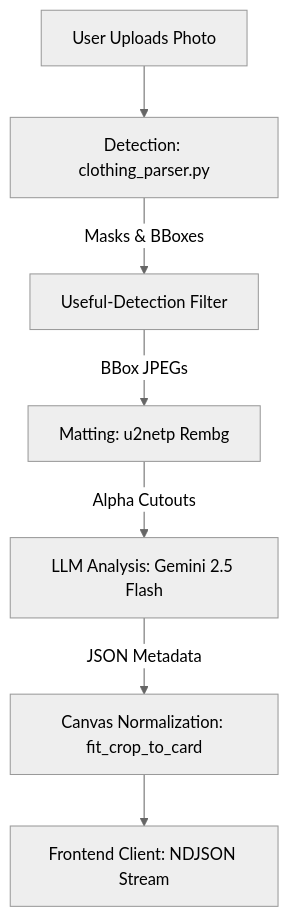
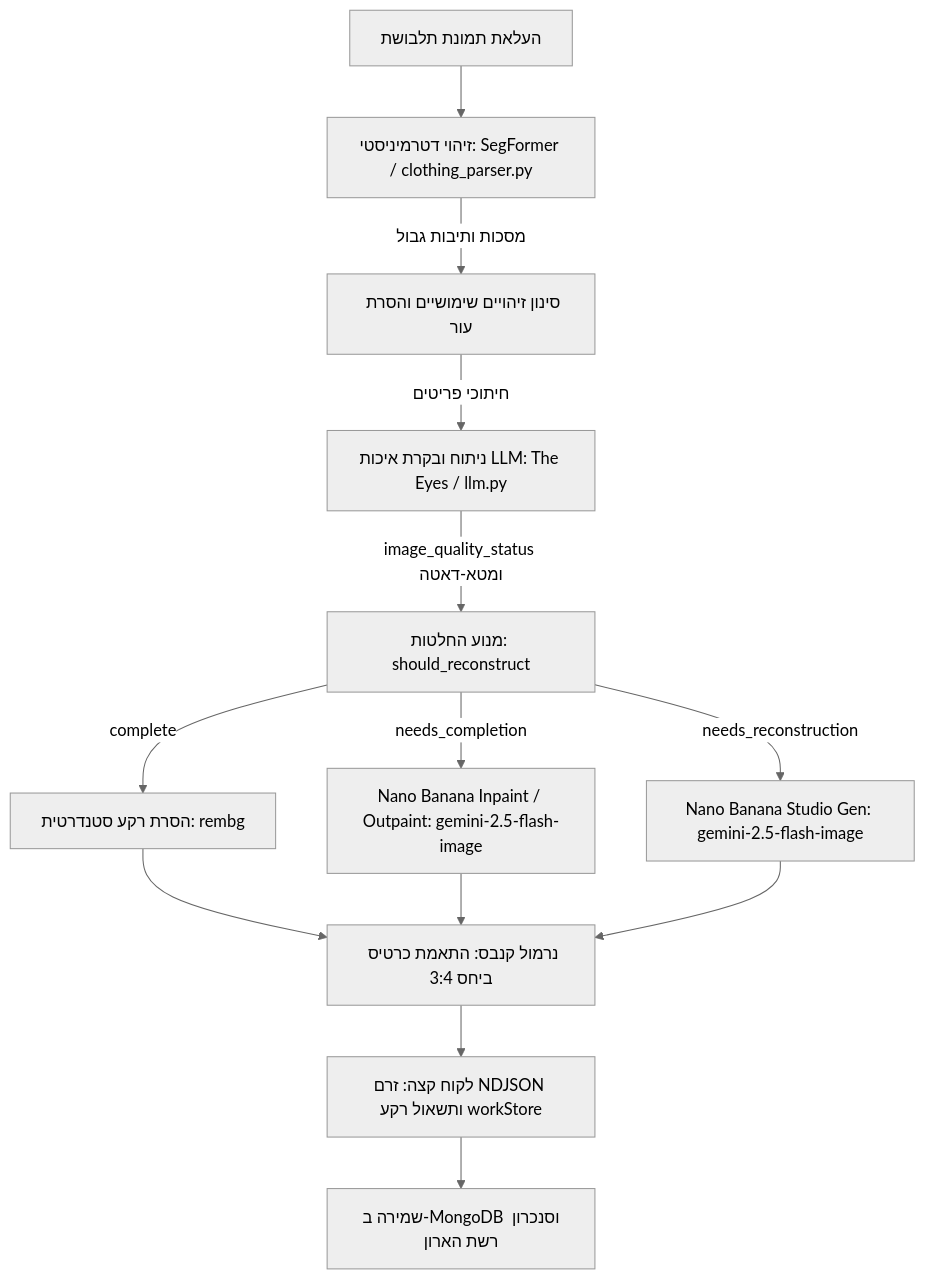
Before and after one commit to Yoram-Jacobs/DressAppV1: the diagram in frontend/public/wiki/he/garmentvision.md, drawn with Mermaid (neutral theme). The commit also changed other lines of this file and 39 other files, not shown here.

````diff
--- a/frontend/public/wiki/he/garmentvision.md
+++ b/frontend/public/wiki/he/garmentvision.md
@@ -16,9 +18,17 @@
 ```mermaid
 graph TD
-    A[User Uploads Photo] --> B[Detection: clothing_parser.py]
-    B -->|Masks & BBoxes| C[Useful-Detection Filter]
-    C -->|BBox JPEGs| D[Matting: u2netp Rembg]
-    D -->|Alpha Cutouts| E[LLM Analysis: Gemini 2.5 Flash]
-    E -->|JSON Metadata| F[Canvas Normalization: fit_crop_to_card]
-    F --> G[Frontend Client: NDJSON Stream]
+    A[העלאת תמונת תלבושת] --> B[זיהוי דטרמיניסטי: SegFormer / clothing_parser.py]
+    B -->|מסכות ותיבות גבול| C[סינון זיהויים שימושיים והסרת עור]
+    C -->|חיתוכי פריטים| D[ניתוח ובקרת איכות LLM: The Eyes / llm.py]
+    D -->|image_quality_status ומטא-דאטה| E[מנוע החלטות: should_reconstruct]
+    
+    E -->|complete| F[הסרת רקע סטנדרטית: rembg]
+    E -->|needs_completion| G[Nano Banana Inpaint / Outpaint: gemini-2.5-flash-image]
+    E -->|needs_reconstruction| H[Nano Banana Studio Gen: gemini-2.5-flash-image]
+    
+    F --> I[נרמול קנבס: התאמת כרטיס ביחס 3:4]
+    G --> I
+    H --> I
+    I --> J[לקוח קצה: זרם NDJSON ותשאול רקע workStore]
+    J --> K[שמירה ב-MongoDB וסנכרון רשת הארון]
 ```
````
